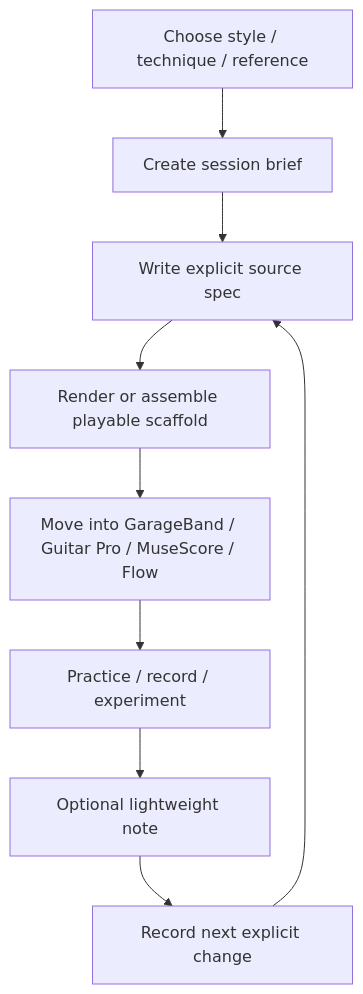
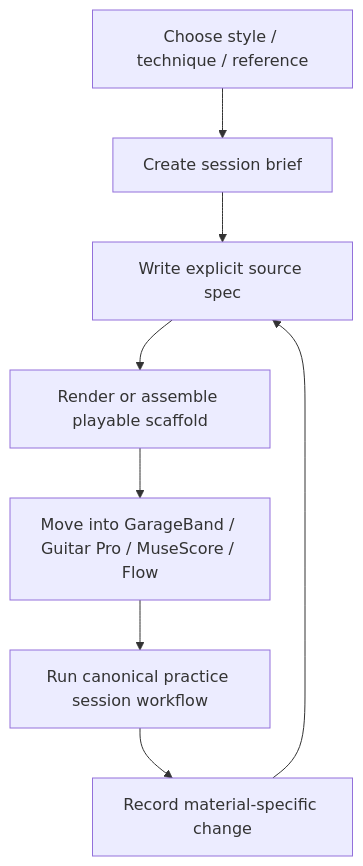
Before and after one commit to ryjen/guitar-practice-system: the diagram in docs/practice-material-workflow.md, drawn with Mermaid. The commit also changed other lines of this file and 3 other files, not shown here.

First line of the commit message:
Document canonical practice session workflow (#59)

````diff
--- a/docs/practice-material-workflow.md
+++ b/docs/practice-material-workflow.md
@@ -17,11 +19,10 @@
 ```mermaid
 flowchart TD
     A[Choose style / technique / reference] --> B[Create session brief]
     B --> C[Write explicit source spec]
     C --> D[Render or assemble playable scaffold]
     D --> E[Move into GarageBand / Guitar Pro / MuseScore / Flow]
-    E --> F[Practice / record / experiment]
-    F --> G[Optional lightweight note]
-    G --> H[Record next explicit change]
-    H --> C
+    E --> F[Run canonical practice session workflow]
+    F --> G[Record material-specific change]
+    G --> C
 ```
````
